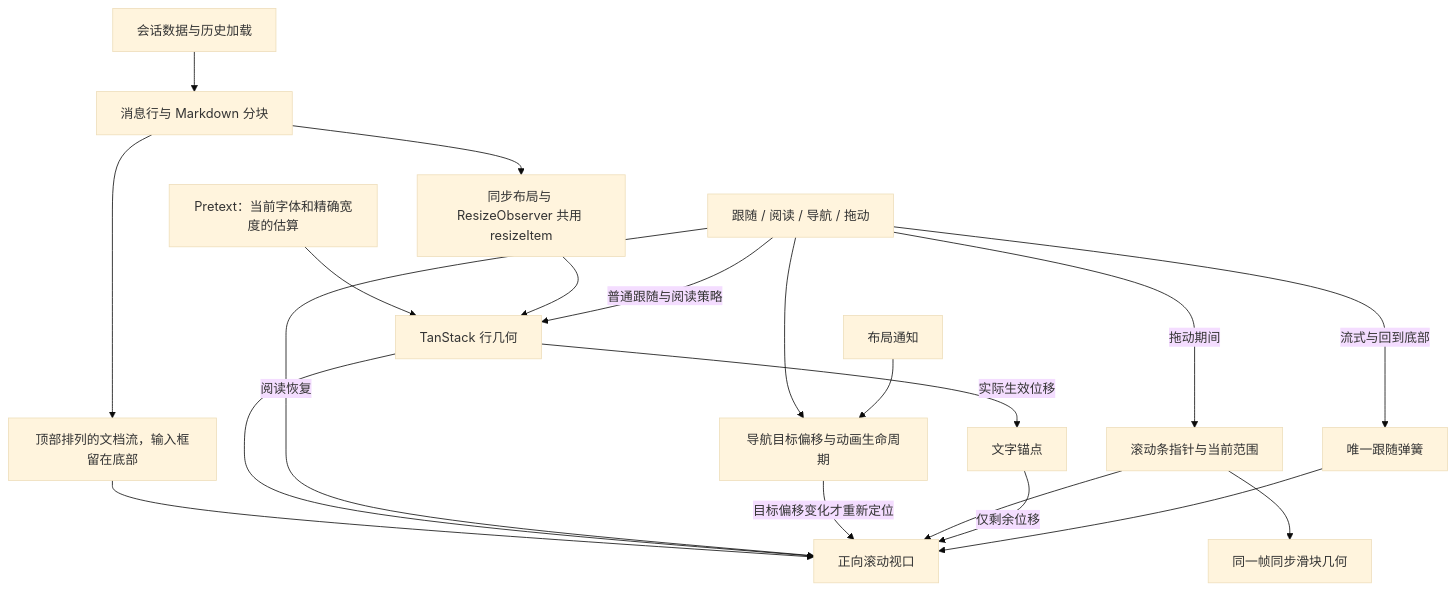
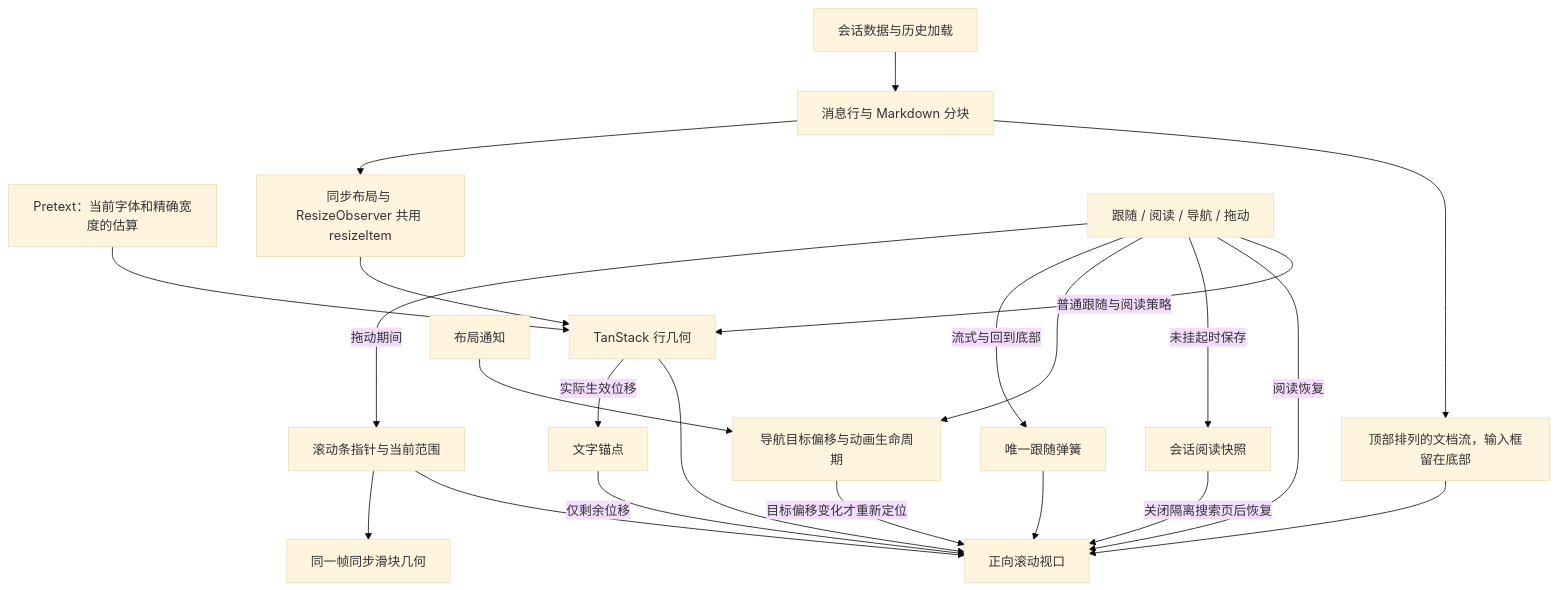
Before and after one commit to wecode-ai/Wegent: the diagram in docs/zh/wegent/developer-guide/wework-message-scroll.md, drawn with Mermaid (base theme). The commit also changed other lines of this file and 3 other files, not shown here.

````diff
--- a/docs/zh/wegent/developer-guide/wework-message-scroll.md
+++ b/docs/zh/wegent/developer-guide/wework-message-scroll.md
@@ -9,22 +9,24 @@
 ```mermaid
 flowchart TD
   Messages[会话数据与历史加载] --> Rows[消息行与 Markdown 分块]
   Rows --> Flow[顶部排列的文档流，输入框留在底部]
   Flow --> Viewport
   Pretext[Pretext：当前字体和精确宽度的估算] --> Engine[TanStack 行几何]
   Rows --> Measure[同步布局与 ResizeObserver 共用 resizeItem]
   Measure --> Engine
   Engine --> Viewport[正向滚动视口]
   Controller[跟随 / 阅读 / 导航 / 拖动] -->|普通跟随与阅读策略| Engine
   Controller -->|阅读恢复| Viewport
+  Controller -->|未挂起时保存| Snapshot[会话阅读快照]
+  Snapshot -->|关闭隔离搜索页后恢复| Viewport
   Controller --> Navigation[导航目标偏移与动画生命周期]
   Layout[布局通知] --> Navigation
   Navigation -->|目标偏移变化才重新定位| Viewport
   Controller -->|流式与回到底部| Spring[唯一跟随弹簧]
   Controller -->|拖动期间| Pointer[滚动条指针与当前范围]
   Pointer --> Viewport
   Pointer --> Thumb[同一帧同步滑块几何]
   Engine -->|实际生效位移| TextAnchor[文字锚点]
   TextAnchor -->|仅剩余位移| Viewport
   Spring --> Viewport
 ```
````
